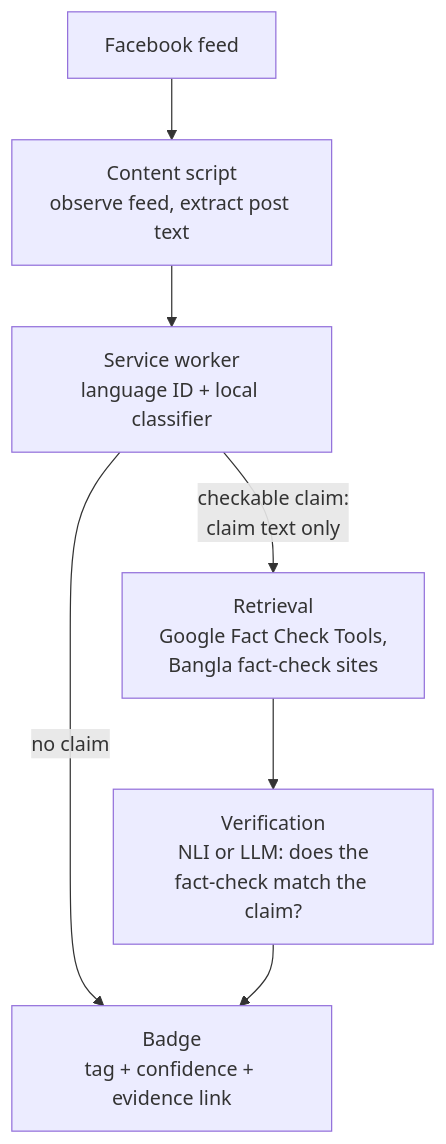
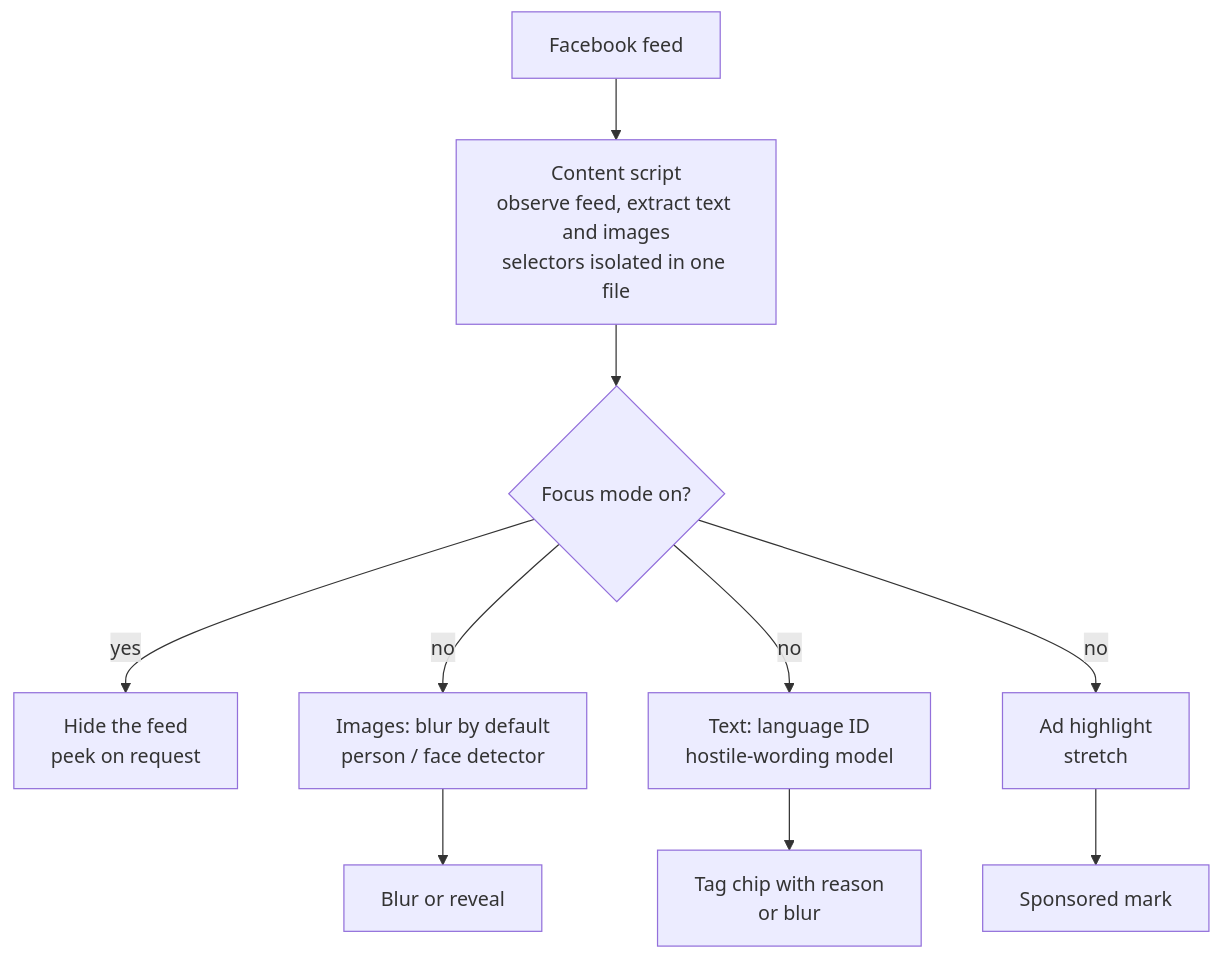
Before and after one commit to Ariffurrhmn/jachai: the diagram in README.md, drawn with Mermaid. The commit also changed other lines of this file and 7 other files, not shown here.

````diff
--- a/README.md
+++ b/README.md
@@ -79,9 +91,12 @@
 ```mermaid
 flowchart TD
-    A[Facebook feed] --> B[Content script<br/>observe feed, extract post text]
-    B --> C[Service worker<br/>language ID + local classifier]
-    C -->|no claim| F
-    C -->|checkable claim:<br/>claim text only| D[Retrieval<br/>Google Fact Check Tools,<br/>Bangla fact-check sites]
-    D --> E[Verification<br/>NLI or LLM: does the<br/>fact-check match the claim?]
-    E --> F[Badge<br/>tag + confidence + evidence link]
+    A[Facebook feed] --> B[Content script<br/>observe feed, extract text and images<br/>selectors isolated in one file]
+    B --> C{Focus mode on?}
+    C -->|yes| H[Hide the feed<br/>peek on request]
+    C -->|no| D[Images: blur by default<br/>person / face detector]
+    C -->|no| E[Text: language ID<br/>hostile-wording model]
+    C -->|no| F[Ad highlight<br/>stretch]
+    D --> G[Blur or reveal]
+    E --> G2[Tag chip with reason<br/>or blur]
+    F --> G3[Sponsored mark]
 ```
````
